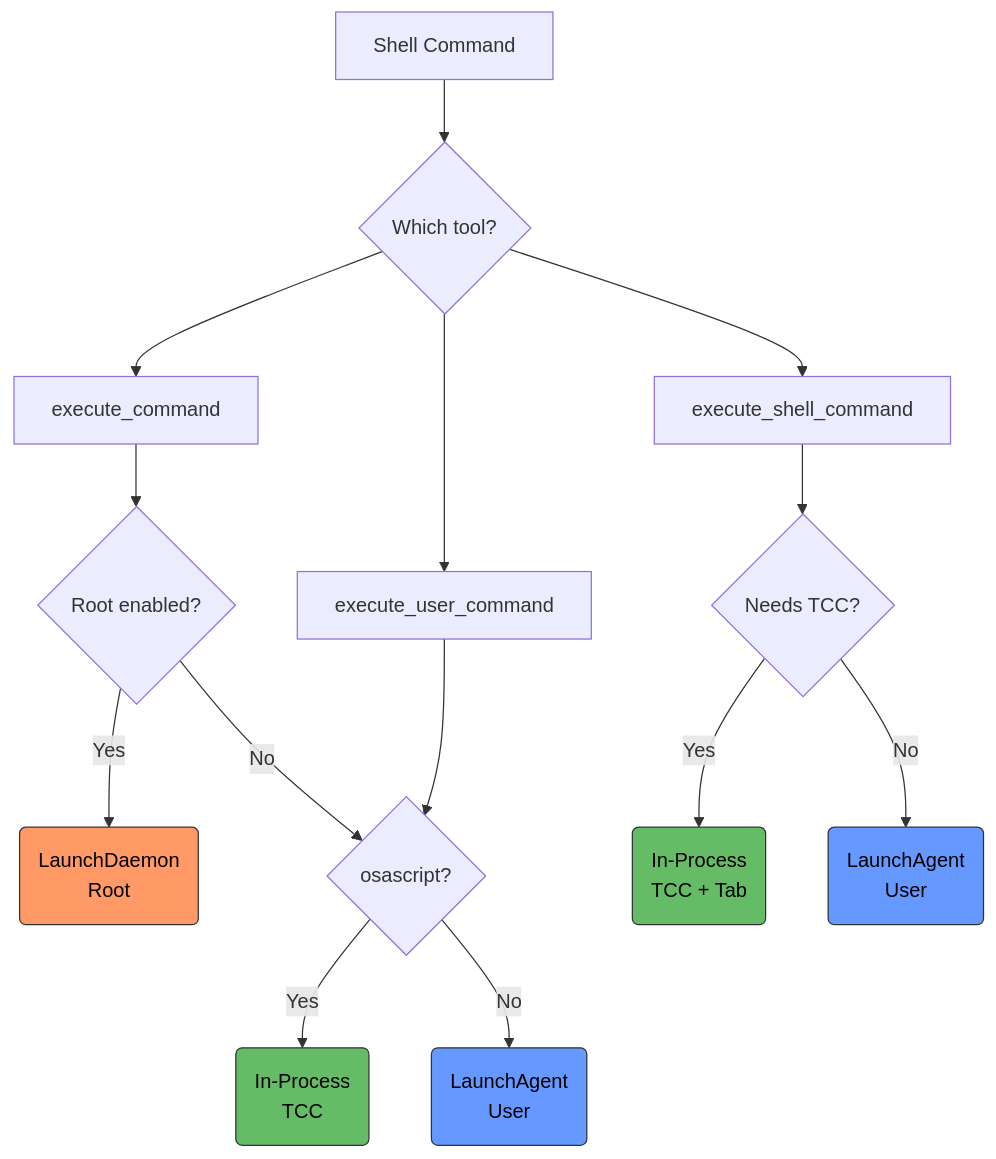
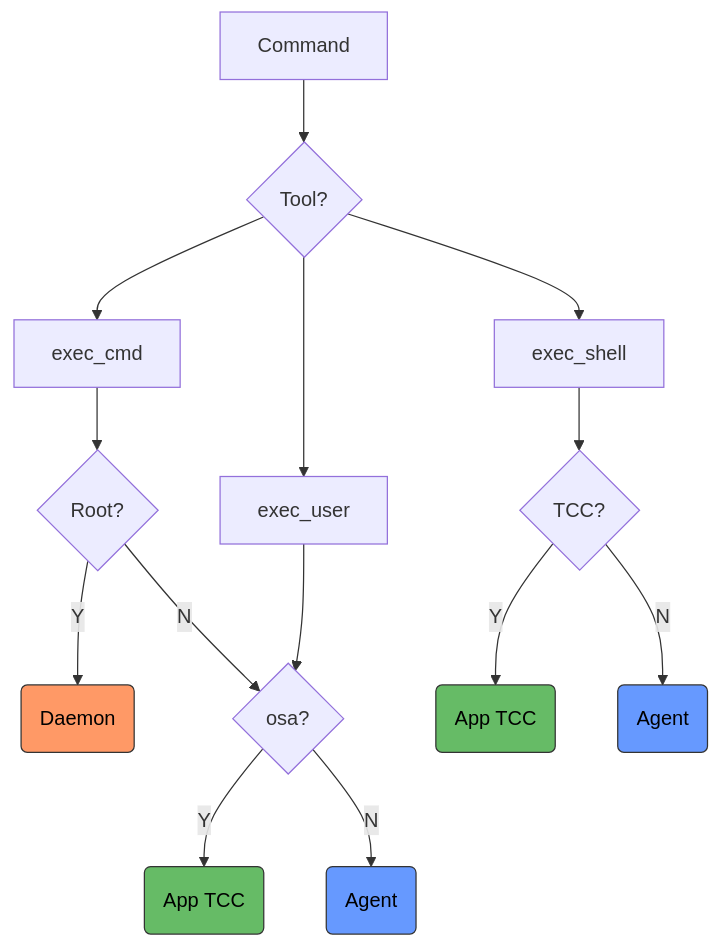
Before and after one commit to macOS26/Agent: the diagram in README.md, drawn with Mermaid.

Commit message:
Shorten all flowchart labels to fit without clipping

````diff
--- a/README.md
+++ b/README.md
@@ -443,26 +443,26 @@
 ```mermaid
 flowchart TD
-    A[Shell Command] --> B{Which tool?}
-    B --> C[execute_command]
-    B --> D[execute_user_command]
-    B --> E[execute_shell_command]
+    A[Command] --> B{Tool?}
+    B --> C[exec_cmd]
+    B --> D[exec_user]
+    B --> E[exec_shell]
 
-    C --> F{Root enabled?}
-    F -- Yes --> G(LaunchDaemon\nRoot)
-    F -- No --> H{osascript?}
+    C --> F{Root?}
+    F -- Y --> G(Daemon)
+    F -- N --> H{osa?}
 
     D --> H
 
-    H -- Yes --> I(In-Process\nTCC)
-    H -- No --> J(LaunchAgent\nUser)
+    H -- Y --> I(App TCC)
+    H -- N --> J(Agent)
 
-    E --> K{Needs TCC?}
-    K -- Yes --> L(In-Process\nTCC + Tab)
-    K -- No --> M(LaunchAgent\nUser)
+    E --> K{TCC?}
+    K -- Y --> L(App TCC)
+    K -- N --> M(Agent)
 
     style G fill:#f96,stroke:#333,color:#000
     style I fill:#6b6,stroke:#333,color:#000
     style L fill:#6b6,stroke:#333,color:#000
     style J fill:#69f,stroke:#333,color:#000
     style M fill:#69f,stroke:#333,color:#000
 ```
````
